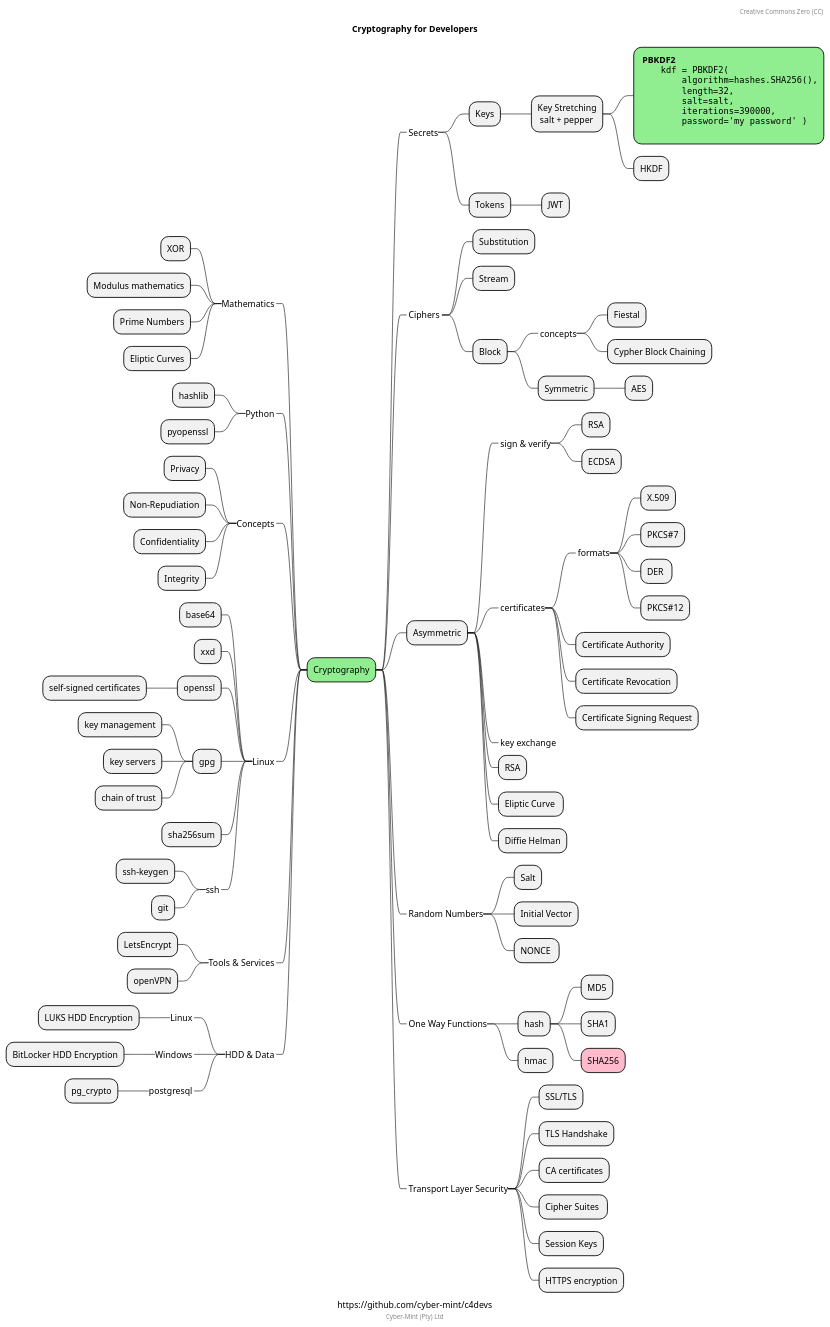
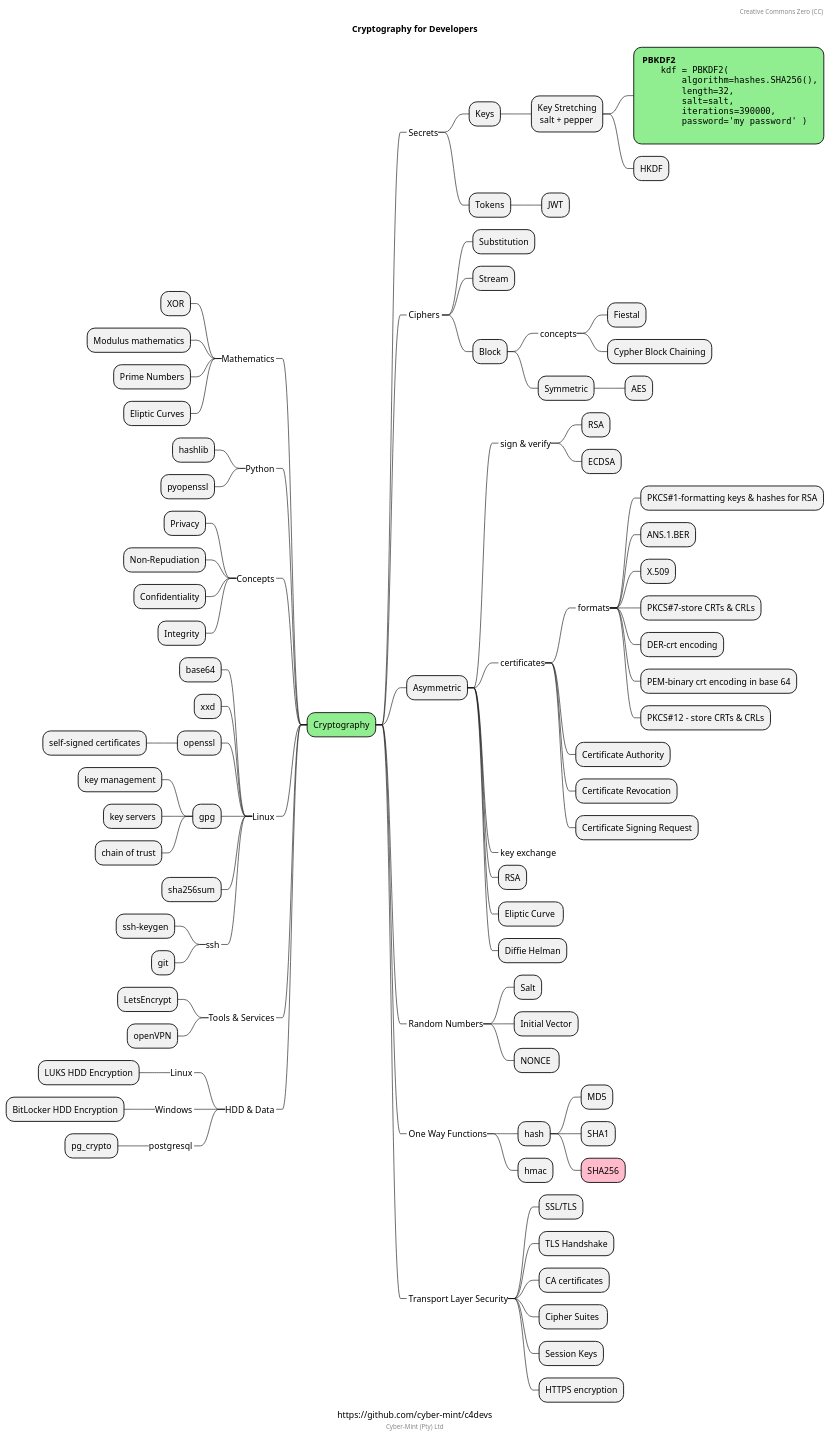
The diagram in cryptography.puml (Cyber-Mint/c4devs), drawn with PlantUML before and after one commit. The commit also changed 4 other files, not shown here.

```diff
--- a/cryptography.puml
+++ b/cryptography.puml
@@ -1,128 +1,131 @@
 @startmindmap
 
 caption https://github.com/cyber-mint/c4devs
 title Cryptography for Developers
 
 *[#lightgreen] Cryptography
 
  *_ Secrets
   * Keys
 ****:Key Stretching
  salt + pepper;
 
 *****[#lightgreen]: **PBKDF2**
 <code>
     kdf = PBKDF2(
         algorithm=hashes.SHA256(),
         length=32,
         salt=salt,
         iterations=390000,
         password='my password' )
 </code>
 ;
     * HKDF
   * Tokens
    * JWT
 
  *_ Ciphers <<rose>>
   * Substitution
   * Stream
   * Block
    *_ concepts
     * Fiestal
     * Cypher Block Chaining
    * Symmetric
     * AES
  * Asymmetric
   *_ sign & verify
    * RSA
    * ECDSA
   *_ certificates
    *_ formats
+    * PKCS#1-formatting keys & hashes for RSA
+    * ANS.1.BER
     * X.509
-    * PKCS#7
-    * DER 
-    * PKCS#12
+    * PKCS#7-store CRTs & CRLs
+    * DER-crt encoding
+    * PEM-binary crt encoding in base 64
+    * PKCS#12 - store CRTs & CRLs
    * Certificate Authority
    * Certificate Revocation
    * Certificate Signing Request
   *_ key exchange
   * RSA
   * Eliptic Curve 
   * Diffie Helman
 
  *_ Random Numbers
   * Salt
   * Initial Vector
   * NONCE 
  *_ One Way Functions
   * hash
    * MD5
    * SHA1
    *[#FFBBCC] SHA256
   * hmac
  *_ Transport Layer Security
   * SSL/TLS
   * TLS Handshake
   * CA certificates
   * Cipher Suites 
   * Session Keys
   * HTTPS encryption
 
 left side
 
 --_ Mathematics
   * XOR
   * Modulus mathematics
   * Prime Numbers
   * Eliptic Curves
 
 --_ Python
   * hashlib
   * pyopenssl
 
 --_ Concepts
   * Privacy
   * Non-Repudiation
   * Confidentiality
   * Integrity
 
 
 --_ Linux
   * base64
   * xxd
   * openssl
    * self-signed certificates
   * gpg
    * key management
    * key servers
    * chain of trust
   * sha256sum
   *_ ssh
    * ssh-keygen
    * git
 
 --_ Tools & Services
   * LetsEncrypt
   * openVPN
 
 --_ HDD & Data
   *_ Linux
    * LUKS HDD Encryption
   *_ Windows
    * BitLocker HDD Encryption
   *_ postgresql
    * pg_crypto
 
 header
  Creative Commons Zero (CC)
 endheader
 
 center footer Cyber-Mint (Pty) Ltd
 
 ' legend right
 '   Short
 '   legend
 ' endlegend
 
 @endmindmap
```
